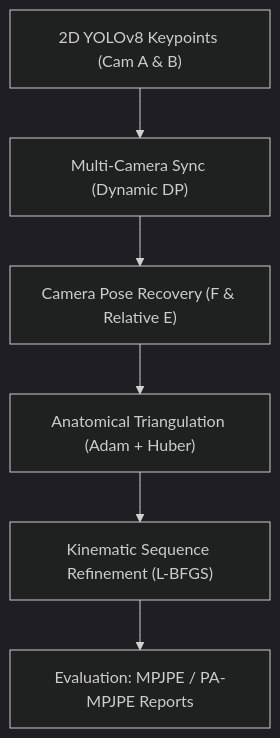
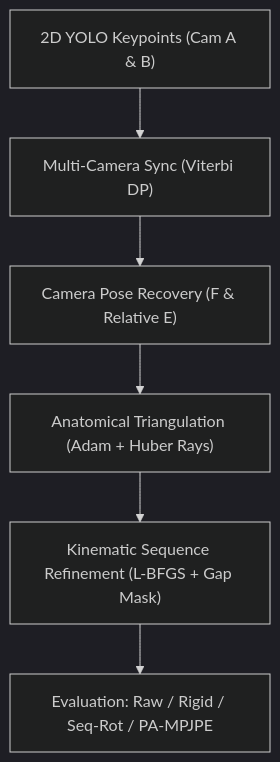
One commit to doantrunghieu08/compare_Anatomical_vs_2CamSync_at_AthletePose3D_yolo changed the diagram in docs/Kien_Truc_Va_Giai_Phap.md. Above: the diagram before and after it, drawn with Mermaid (dark theme). The commit also changed other lines of this file and 29 other files, not shown here.

````diff
--- a/docs/Kien_Truc_Va_Giai_Phap.md
+++ b/docs/Kien_Truc_Va_Giai_Phap.md
@@ -11,8 +11,9 @@
 ```mermaid
 graph TD
-    A["2D YOLOv8 Keypoints (Cam A & B)"] --> B["Multi-Camera Sync (Dynamic DP)"]
+    A["2D YOLO Keypoints (Cam A & B)"] --> B["Multi-Camera Sync (Viterbi DP)"]
     B --> C["Camera Pose Recovery (F & Relative E)"]
-    C --> D["Anatomical Triangulation (Adam + Huber)"]
-    D --> E["Kinematic Sequence Refinement (L-BFGS)"]
-    E --> F["Evaluation: MPJPE / PA-MPJPE Reports"]
+    C --> D["Anatomical Triangulation (Adam + Huber Rays)"]
+    D --> E["Kinematic Sequence Refinement (L-BFGS + Gap Mask)"]
+    F["Evaluation: Raw / Rigid / Seq-Rot / PA-MPJPE"]
+    E --> F
 ```
````
